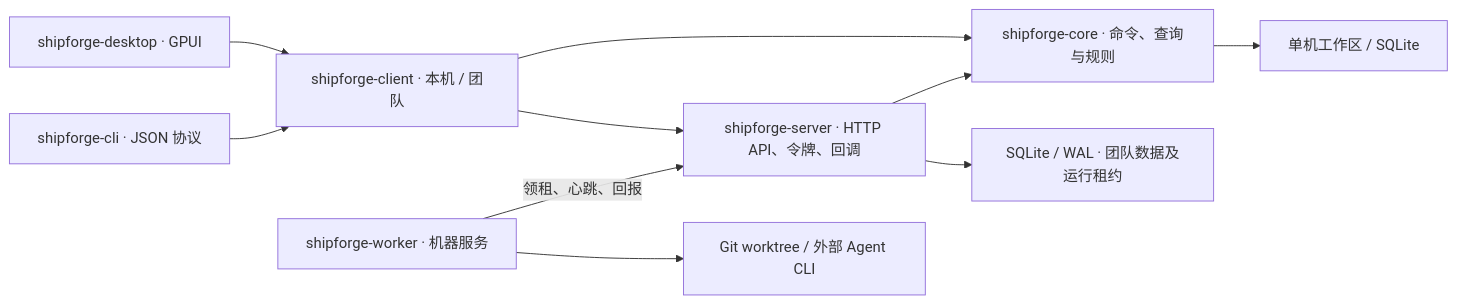
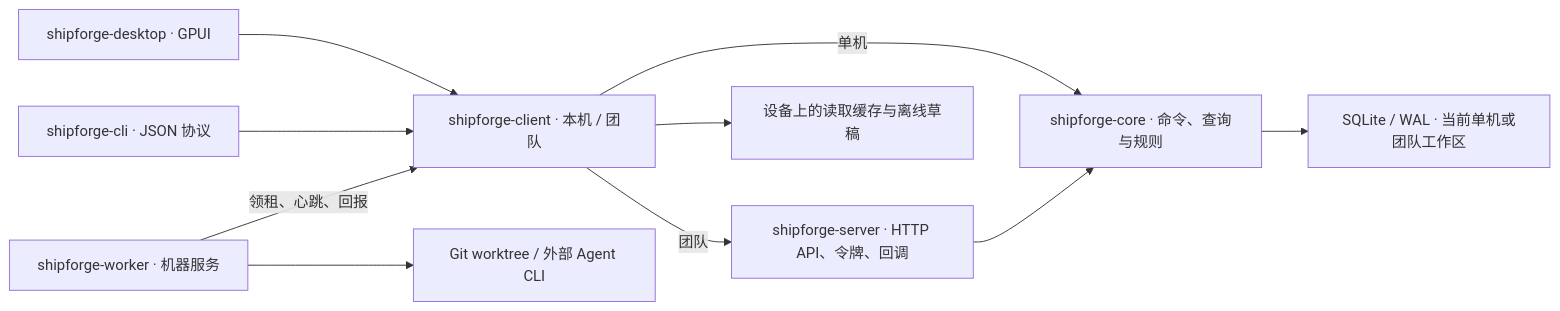
The diagram in docs/architecture.md (Hubujiu/ShipForge), drawn with Mermaid before and after one commit. The commit also changed other lines of this file and 41 other files, not shown here.

````diff
--- a/docs/architecture.md
+++ b/docs/architecture.md
@@ -7,12 +7,12 @@
 ```mermaid
 flowchart LR
   UI["shipforge-desktop · GPUI"] --> Client["shipforge-client · 本机 / 团队"]
   CLI["shipforge-cli · JSON 协议"] --> Client
-  C --> Local["单机工作区 / SQLite"]
-  Client --> C["shipforge-core · 命令、查询与规则"]
-  Client --> Server["shipforge-server · HTTP API、令牌、回调"]
+  Client -->|单机| C["shipforge-core · 命令、查询与规则"]
+  Client -->|团队| Server["shipforge-server · HTTP API、令牌、回调"]
+  Client --> Cache["设备上的读取缓存与离线草稿"]
   Server --> C
-  Server --> Store["SQLite / WAL · 团队数据及运行租约"]
-  Machine["shipforge-worker · 机器服务"] -->|领租、心跳、回报| Server
+  C --> Store["SQLite / WAL · 当前单机或团队工作区"]
+  Machine["shipforge-worker · 机器服务"] -->|领租、心跳、回报| Client
   Machine --> Tools["Git worktree / 外部 Agent CLI"]
 ```
````
